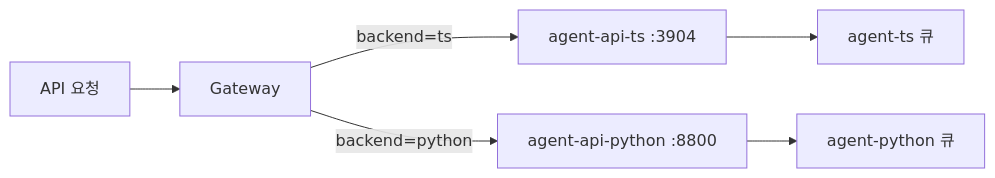
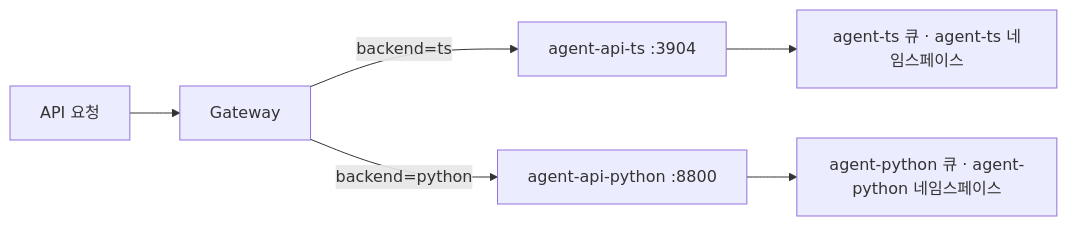
The third of 3 diagrams in README.md (agent-tracer/agent-tracer-stack), drawn with Mermaid before and after one commit. The commit also changed other lines of this file and 1 other file, not shown here.

Commit message:
docs(repo): 배포 안내가 축마다의 경계를 기술한다

````diff
--- a/README.md
+++ b/README.md
@@ -27,8 +27,8 @@
 ```mermaid
 flowchart LR
     Request[API 요청] --> Gateway[Gateway]
     Gateway -->|backend=ts| TS[agent-api-ts :3904]
     Gateway -->|backend=python| Py[agent-api-python :8800]
-    TS --> TSQueue[agent-ts 큐]
-    Py --> PyQueue[agent-python 큐]
+    TS --> TSQueue[agent-ts 큐 · agent-ts 네임스페이스]
+    Py --> PyQueue[agent-python 큐 · agent-python 네임스페이스]
 ```
````
